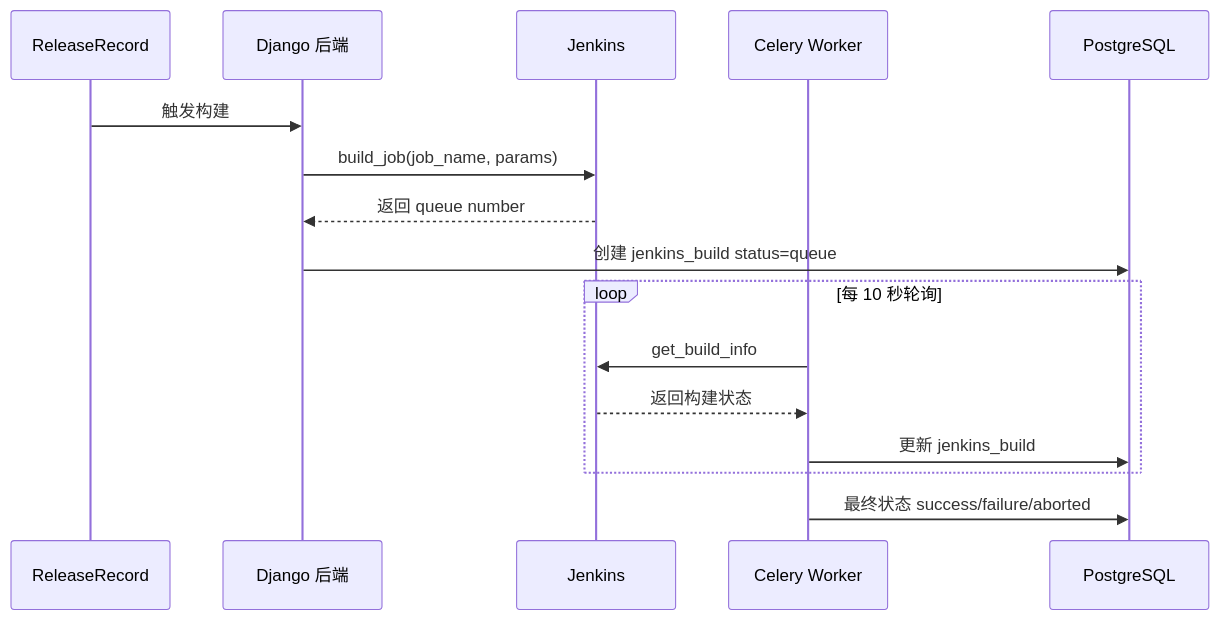
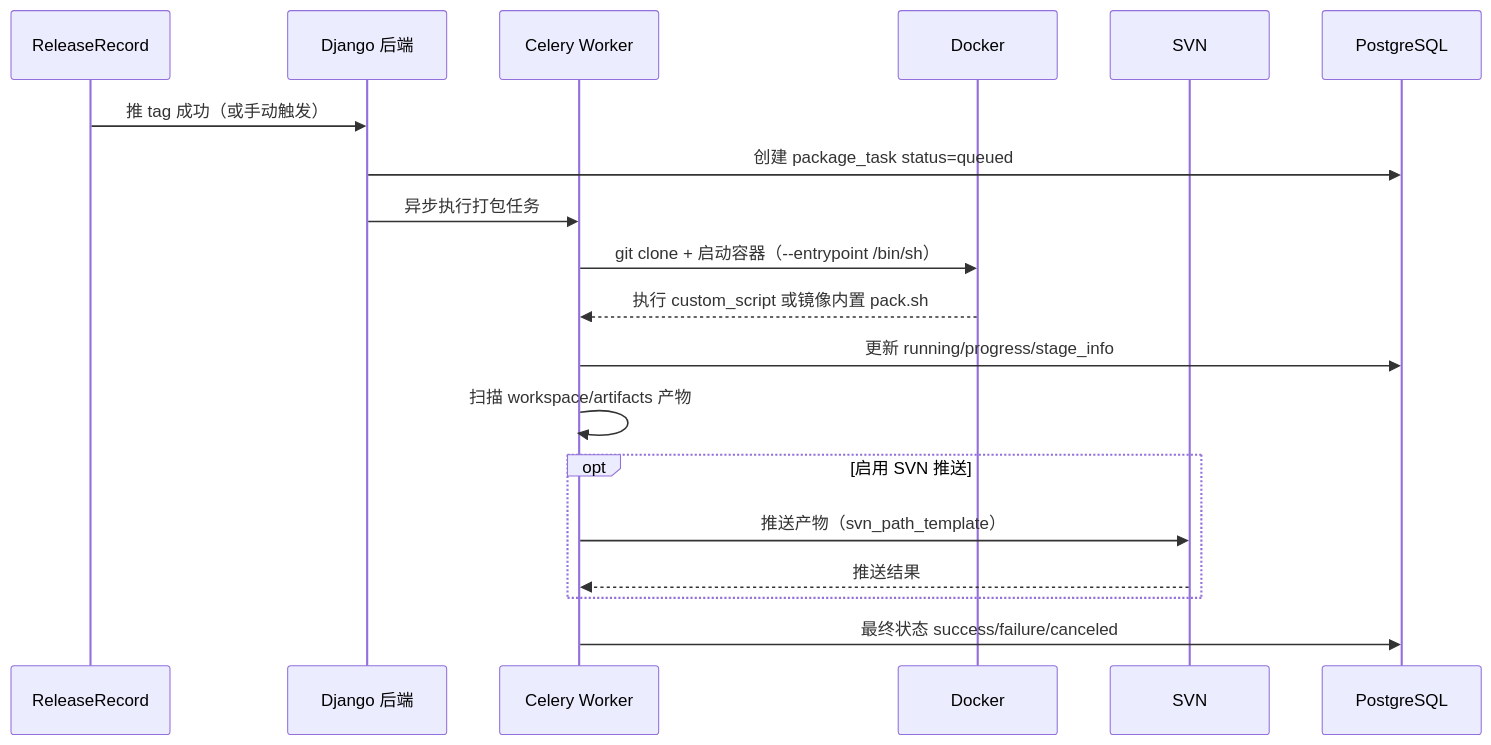
Before and after one commit to qingxiaoyuan/trace-ship: diagram 12 of 17 in docs/business-process-analysis.md, drawn with Mermaid. The commit also changed other lines of this file and 8 other files, not shown here.

````diff
--- a/docs/business-process-analysis.md
+++ b/docs/business-process-analysis.md
@@ -348,19 +399,22 @@
 ```mermaid
 sequenceDiagram
     participant R as ReleaseRecord
     participant S as Django 后端
-    participant J as Jenkins
     participant C as Celery Worker
+    participant D as Docker
+    participant V as SVN
     participant DB as PostgreSQL
 
-    R->>S: 触发构建
-    S->>J: build_job(job_name, params)
-    J-->>S: 返回 queue number
-    S->>DB: 创建 jenkins_build status=queue
-    loop 每 10 秒轮询
-        C->>J: get_build_info
-        J-->>C: 返回构建状态
-        C->>DB: 更新 jenkins_build
+    R->>S: 推 tag 成功（或手动触发）
+    S->>DB: 创建 package_task status=queued
+    S->>C: 异步执行打包任务
+    C->>D: git clone + 启动容器（--entrypoint /bin/sh）
+    D-->>C: 执行 custom_script 或镜像内置 pack.sh
+    C->>DB: 更新 running/progress/stage_info
+    C->>C: 扫描 workspace/artifacts 产物
+    opt 启用 SVN 推送
+        C->>V: 推送产物（svn_path_template）
+        V-->>C: 推送结果
     end
-    C->>DB: 最终状态 success/failure/aborted
+    C->>DB: 最终状态 success/failure/canceled
 ```
````
